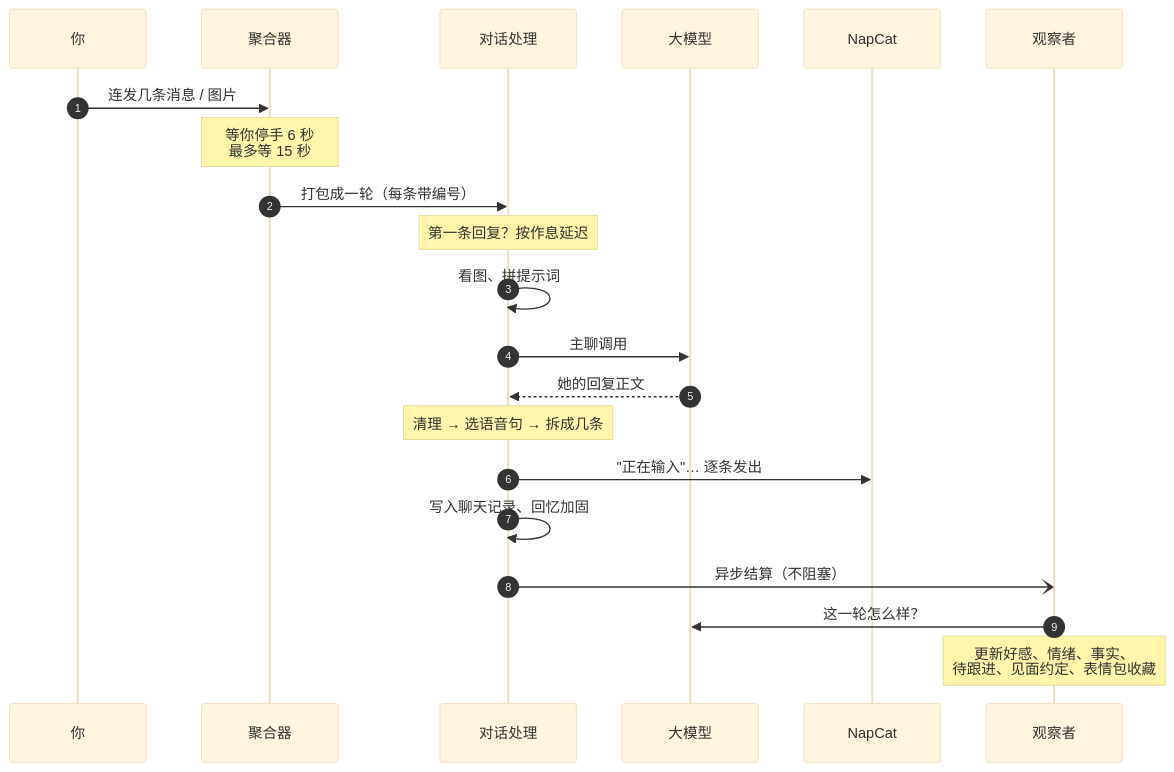
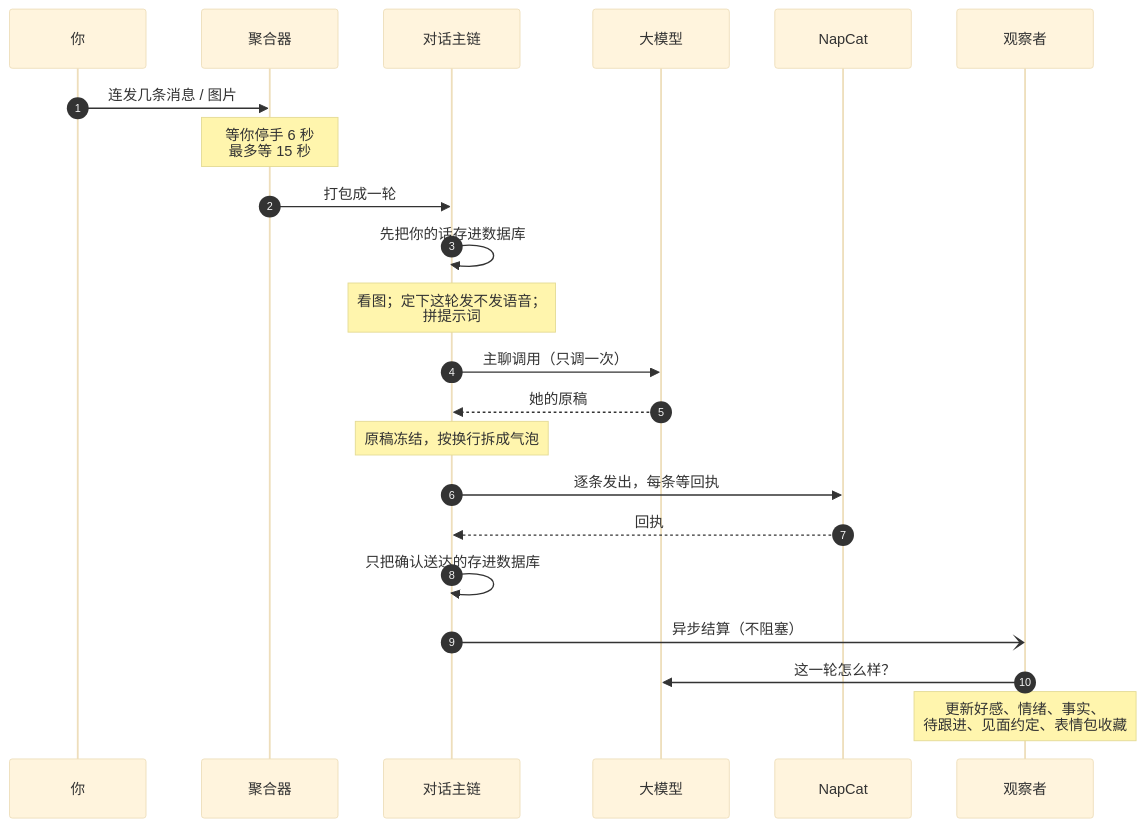
Before and after one commit to xinghefumeng0717/qq-companion-bot: the second of 10 diagrams in docs/ARCHITECTURE.md, drawn with Mermaid (base theme). The commit also changed other lines of this file and 11 other files, not shown here.

````diff
--- a/docs/ARCHITECTURE.md
+++ b/docs/ARCHITECTURE.md
@@ -68,24 +66,25 @@
 ```mermaid
 sequenceDiagram
     autonumber
     participant 你
     participant 聚合器
-    participant 对话处理
+    participant 主链 as 对话主链
     participant 模型 as 大模型
     participant QQ as NapCat
     participant 观察者
 
     你->>聚合器: 连发几条消息 / 图片
     Note over 聚合器: 等你停手 6 秒<br/>最多等 15 秒
-    聚合器->>对话处理: 打包成一轮（每条带编号）
-    Note over 对话处理: 第一条回复？按作息延迟
-    对话处理->>对话处理: 看图、拼提示词
-    对话处理->>模型: 主聊调用
-    模型-->>对话处理: 她的回复正文
-    Note over 对话处理: 清理 → 选语音句 → 拆成几条
-    对话处理->>QQ: "正在输入"… 逐条发出
-    对话处理->>对话处理: 写入聊天记录、回忆加固
-    对话处理-)观察者: 异步结算（不阻塞）
+    聚合器->>主链: 打包成一轮
+    主链->>主链: 先把你的话存进数据库
+    Note over 主链: 看图；定下这轮发不发语音；<br/>拼提示词
+    主链->>模型: 主聊调用（只调一次）
+    模型-->>主链: 她的原稿
+    Note over 主链: 原稿冻结，按换行拆成气泡
+    主链->>QQ: 逐条发出，每条等回执
+    QQ-->>主链: 回执
+    主链->>主链: 只把确认送达的存进数据库
+    主链-)观察者: 异步结算（不阻塞）
     观察者->>模型: 这一轮怎么样？
     Note over 观察者: 更新好感、情绪、事实、<br/>待跟进、见面约定、表情包收藏
 ```
````
